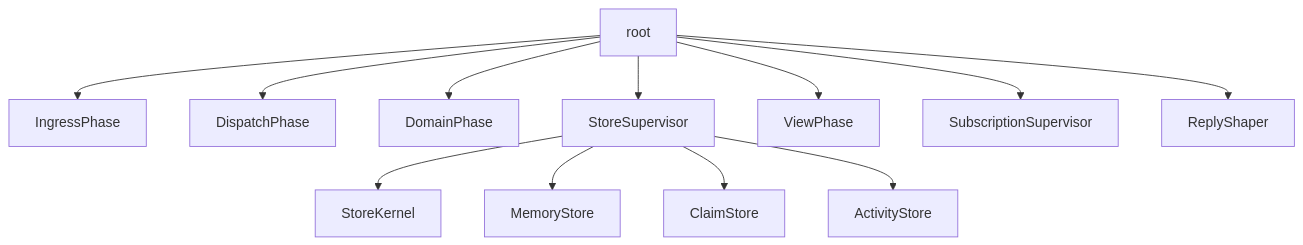
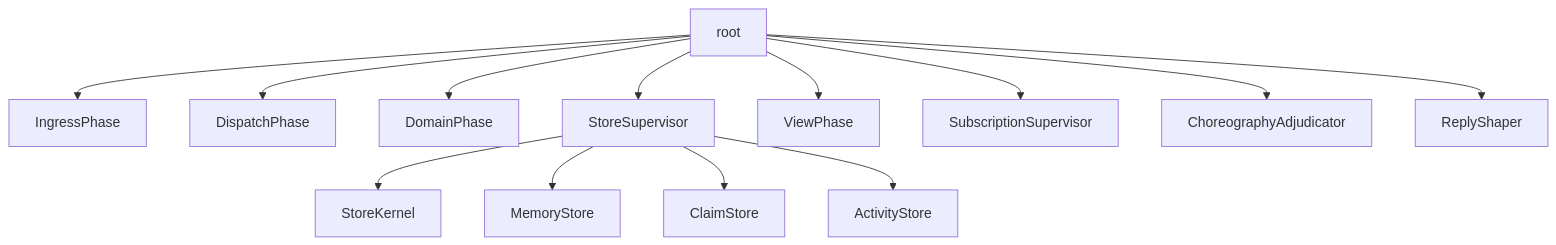
Before and after one commit to LiGoldragon/persona-orchestrate: the third of 7 diagrams in ARCHITECTURE.md, drawn with Mermaid. The commit also changed other lines of this file and 1 other file, not shown here.

````diff
--- a/ARCHITECTURE.md
+++ b/ARCHITECTURE.md
@@ -137,14 +137,15 @@
 ```mermaid
 graph TB
     root --> ingress[IngressPhase]
     root --> dispatch[DispatchPhase]
     root --> domain[DomainPhase]
     root --> store[StoreSupervisor]
     store --> kernel[StoreKernel]
     store --> memory[MemoryStore]
     store --> claims[ClaimStore]
     store --> activity[ActivityStore]
     root --> views[ViewPhase]
     root --> subscriptions[SubscriptionSupervisor]
+    root --> choreography[ChoreographyAdjudicator]
     root --> reply[ReplyShaper]
 ```
````
